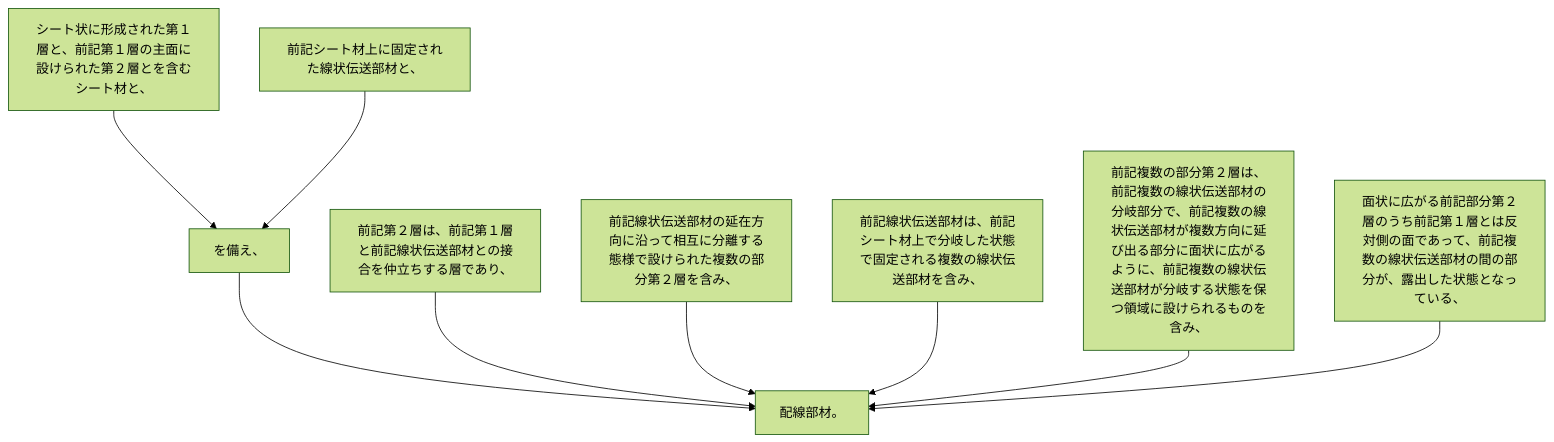
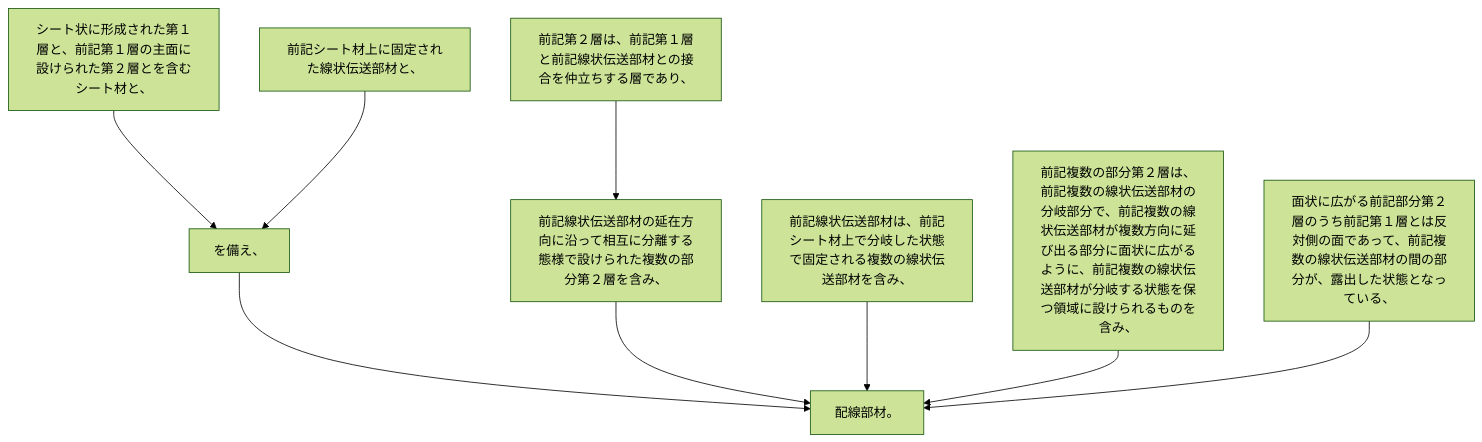
The diagram in 2024/JP2024001238A/claim_2/claim_2_graph.md (shinmori55/patent_analyzed), drawn with Mermaid (forest theme) before and after one commit. The commit also changed 10 other files, not shown here.

````diff
--- a/2024/JP2024001238A/claim_2/claim_2_graph.md
+++ b/2024/JP2024001238A/claim_2/claim_2_graph.md
@@ -1,20 +1,20 @@
 ```mermaid
 flowchart TD
 A[シート状に形成された第１層と、前記第１層の主面に設けられた第２層とを含むシート材と、]
 B[前記シート材上に固定された線状伝送部材と、]
 C[を備え、]
 D[前記第２層は、前記第１層と前記線状伝送部材との接合を仲立ちする層であり、]
 E[前記線状伝送部材の延在方向に沿って相互に分離する態様で設けられた複数の部分第２層を含み、]
 F[前記線状伝送部材は、前記シート材上で分岐した状態で固定される複数の線状伝送部材を含み、]
 G[前記複数の部分第２層は、前記複数の線状伝送部材の分岐部分で、前記複数の線状伝送部材が複数方向に延び出る部分に面状に広がるように、前記複数の線状伝送部材が分岐する状態を保つ領域に設けられるものを含み、]
 H[面状に広がる前記部分第２層のうち前記第１層とは反対側の面であって、前記複数の線状伝送部材の間の部分が、露出した状態となっている、]
 I[配線部材。]
 A --> C
 B --> C
 C --> I
-D --> I
+D --> E
 E --> I
 F --> I
 G --> I
 H --> I
 ```
````
